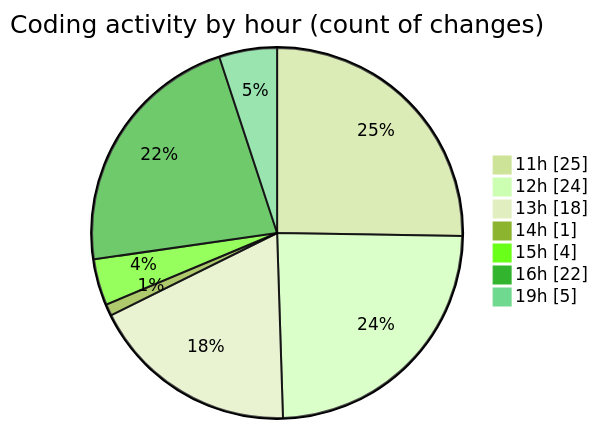
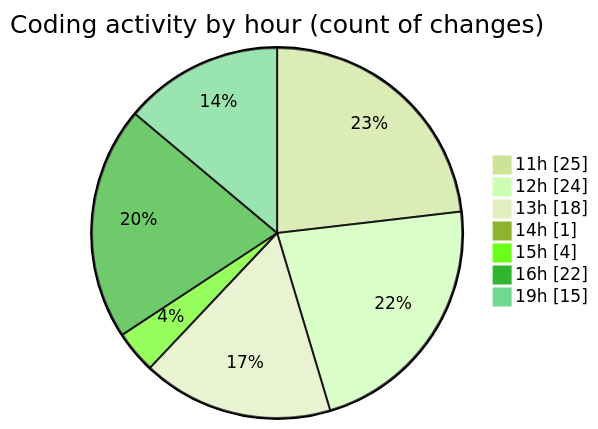
One commit to MatusMokan/code-tracking changed the second of 2 diagrams in 2025-04-12/myws__workspace_/README.md. Above: the diagram before and after it, drawn with Mermaid (forest theme). The commit also changed other lines of this file and 1 other file, not shown here.

````diff
--- a/2025-04-12/myws__workspace_/README.md
+++ b/2025-04-12/myws__workspace_/README.md
@@ -34,11 +34,11 @@
 ```mermaid
 pie showData
 title Coding activity by hour (count of changes)
 "11h" : 25
 "12h" : 24
 "13h" : 18
 "14h" : 1
 "15h" : 4
 "16h" : 22
-"19h" : 5
+"19h" : 15
 ```
````
